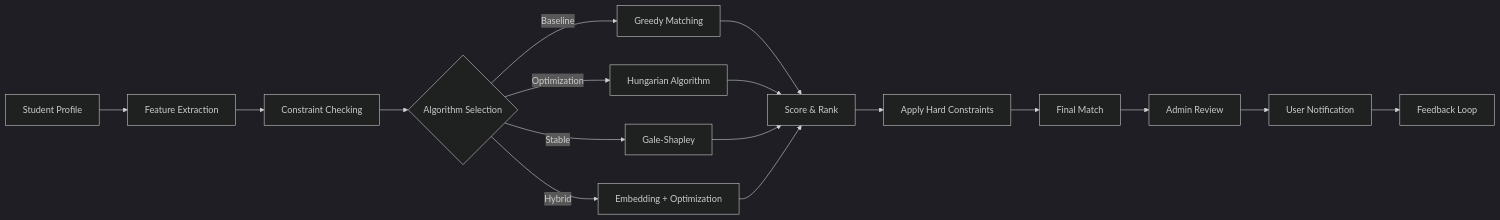
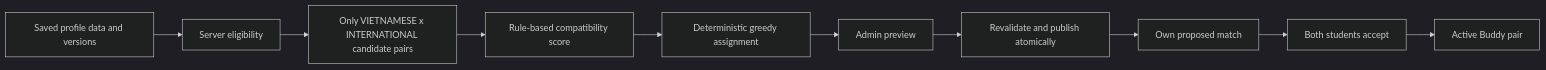
One commit to dat1507/buddyWebVer2 changed the sixth of 11 diagrams in implementation_plan_vgu_buddy.md. Above: the diagram before and after it, drawn with Mermaid (dark theme). The commit also changed other lines of this file and 38 other files, not shown here.

````diff
--- a/implementation_plan_vgu_buddy.md
+++ b/implementation_plan_vgu_buddy.md
@@ -335,19 +359,12 @@
 ```mermaid
 graph LR
-    A[Student Profile] --> B[Feature Extraction]
-    B --> C[Constraint Checking]
-    C --> D{Algorithm Selection}
-    D -->|Baseline| E[Greedy Matching]
-    D -->|Optimization| F[Hungarian Algorithm]
-    D -->|Stable| G[Gale-Shapley]
-    D -->|Hybrid| H[Embedding + Optimization]
-    E --> I[Score & Rank]
-    F --> I
-    G --> I
-    H --> I
-    I --> J[Apply Hard Constraints]
-    J --> K[Final Match]
-    K --> L[Admin Review]
-    L --> M[User Notification]
-    M --> N[Feedback Loop]
+    P[Saved profile data and versions] --> E[Server eligibility]
+    E --> F[Only VIETNAMESE x INTERNATIONAL candidate pairs]
+    F --> S[Rule-based compatibility score]
+    S --> G[Deterministic greedy assignment]
+    G --> R[Admin preview]
+    R --> V[Revalidate and publish atomically]
+    V --> M[Own proposed match]
+    M --> A[Both students accept]
+    A --> B[Active Buddy pair]
 ```
````
